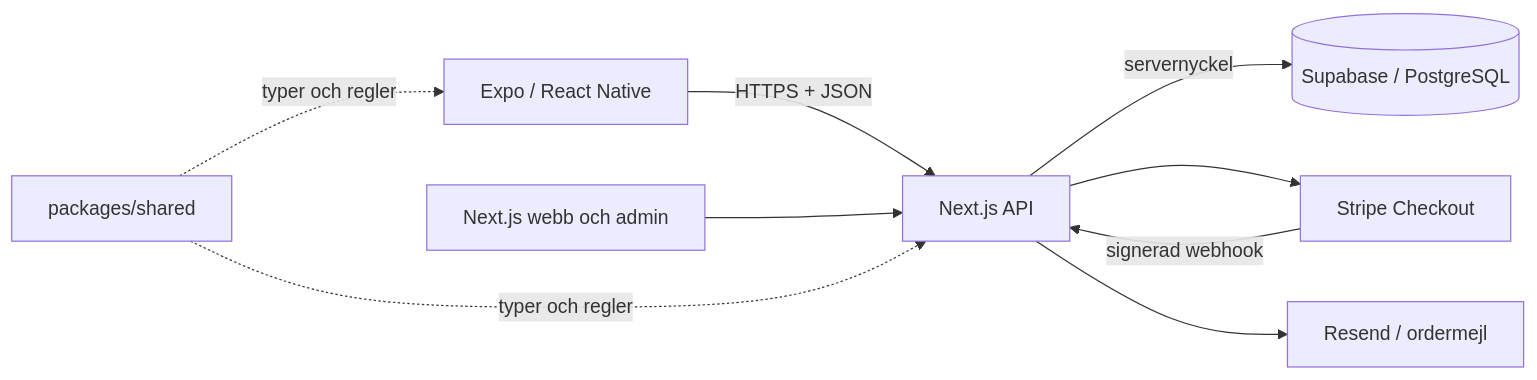
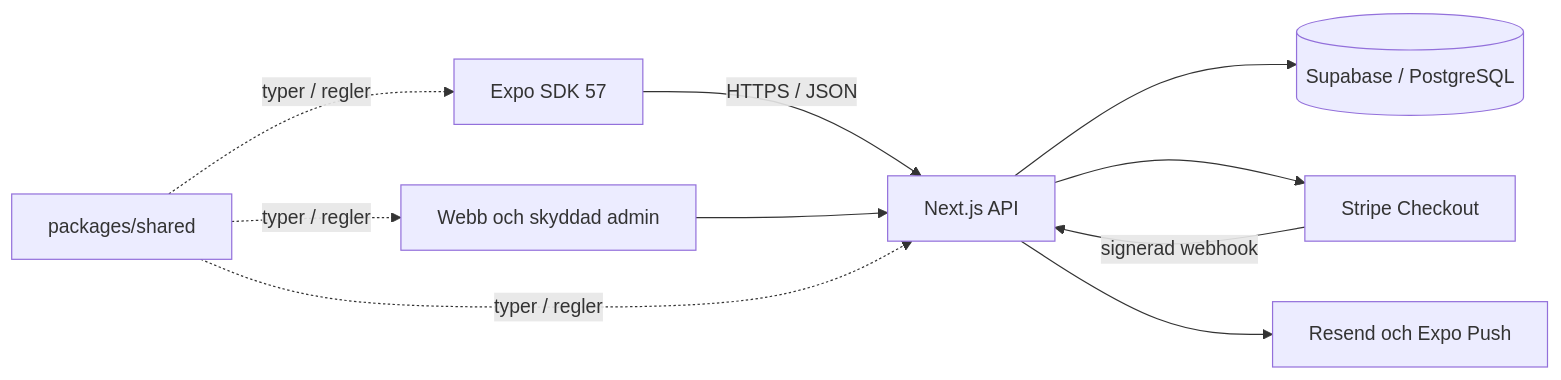
One commit to sharbel0022/YEHABIBI changed the diagram in docs/ARKITEKTUR.md. Above: the diagram before and after it, drawn with Mermaid. The commit also changed other lines of this file and 56 other files, not shown here.

````diff
--- a/docs/ARKITEKTUR.md
+++ b/docs/ARKITEKTUR.md
@@ -5,11 +5,12 @@
 ```mermaid
 flowchart LR
-  Mobil[Expo / React Native] -->|HTTPS + JSON| API[Next.js API]
-  Webb[Next.js webb och admin] --> API
-  API -->|servernyckel| DB[(Supabase / PostgreSQL)]
-  API --> Stripe[Stripe Checkout]
-  Stripe -->|signerad webhook| API
-  API --> Mail[Resend / ordermejl]
-  Delat[packages/shared] -. typer och regler .-> Mobil
-  Delat -. typer och regler .-> API
+  Mobil[Expo SDK 57] -->|HTTPS / JSON| API[Next.js API]
+  Webb[Webb och skyddad admin] --> API
+  API --> DB[(Supabase / PostgreSQL)]
+  API --> Checkout[Stripe Checkout]
+  Checkout -->|signerad webhook| API
+  API --> Notiser[Resend och Expo Push]
+  Shared[packages/shared] -. typer / regler .-> Mobil
+  Shared -. typer / regler .-> Webb
+  Shared -. typer / regler .-> API
 ```
````
